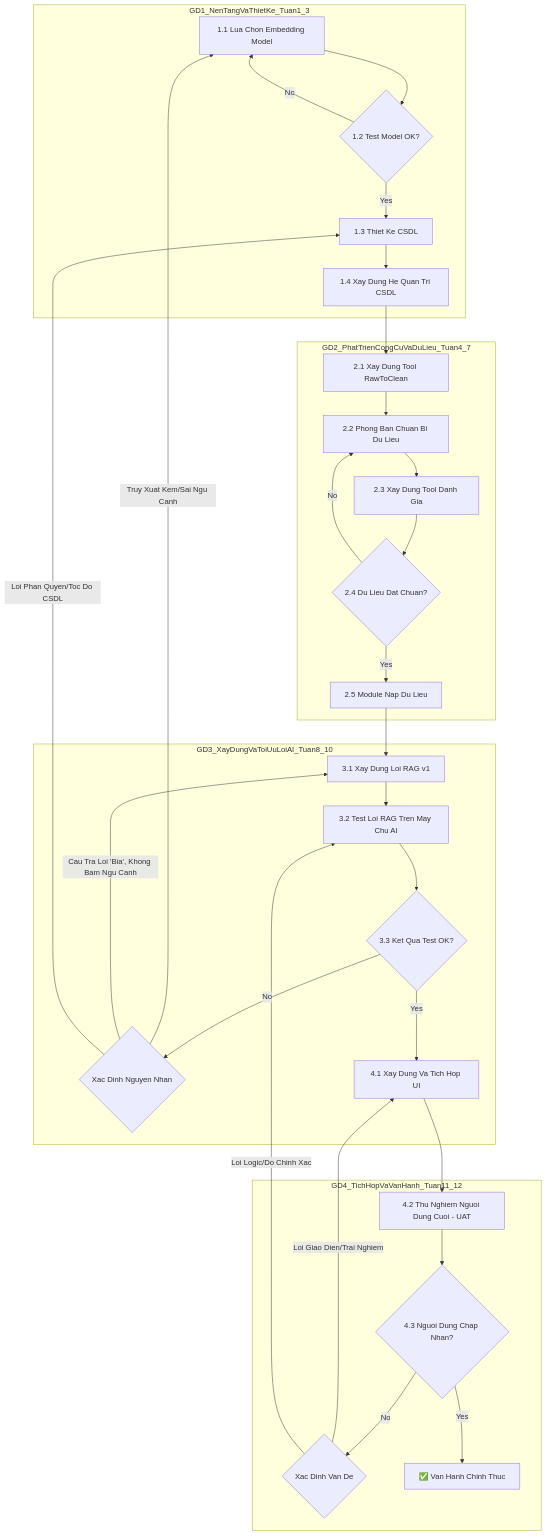
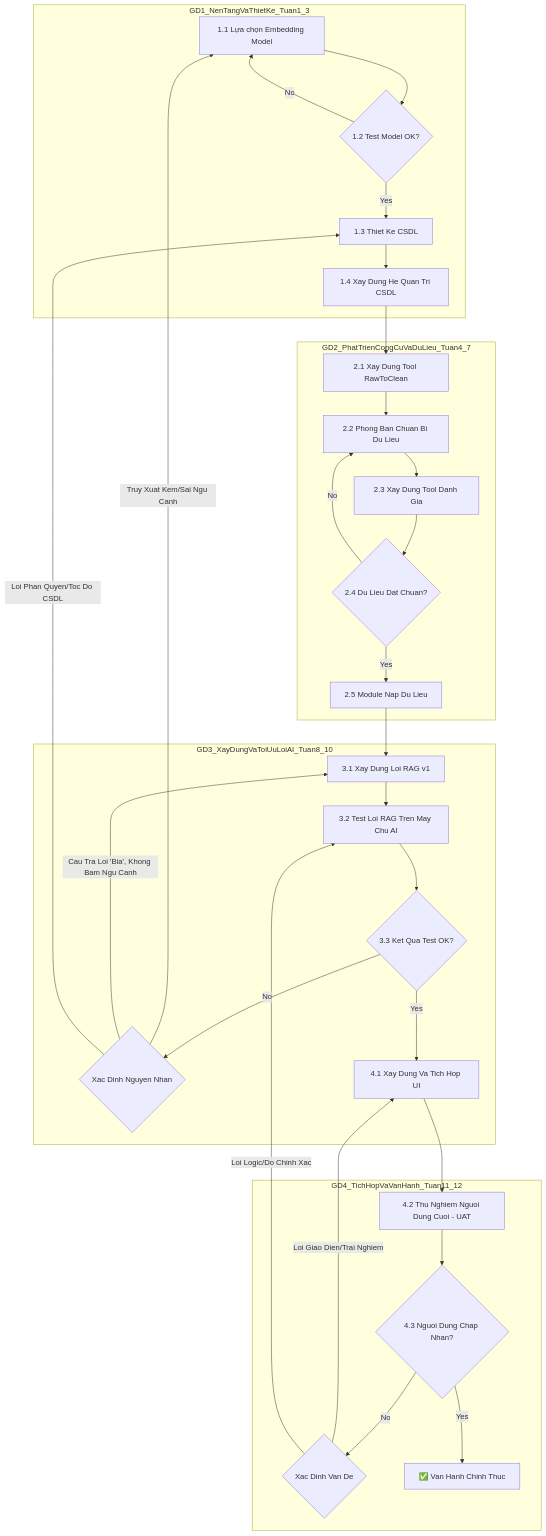
The diagram in biendo.md (ngoquytuan/chatbotweb), drawn with Mermaid before and after one commit. The commit also changed other lines of this file, not shown here.

````diff
--- a/biendo.md
+++ b/biendo.md
@@ -11,42 +11,42 @@
 ```mermaid
 graph TD
     subgraph GD1_NenTangVaThietKe_Tuan1_3
-        A1[1.1 Lua Chon Embedding Model] --> A2{1.2 Test Model OK?}
+        A1[1.1 Lựa chọn Embedding Model] --> A2{1.2 Test Model OK?}
         A2 -- Yes --> B1
         A2 -- No --> A1
         
         B1[1.3 Thiet Ke CSDL] --> B2[1.4 Xay Dung He Quan Tri CSDL]
     end
 
     subgraph GD2_PhatTrienCongCuVaDuLieu_Tuan4_7
         C1[2.1 Xay Dung Tool RawToClean] --> C2[2.2 Phong Ban Chuan Bi Du Lieu]
         C2 --> D1[2.3 Xay Dung Tool Danh Gia]
         D1 --> D2{2.4 Du Lieu Dat Chuan?}
         D2 -- No --> C2
         D2 -- Yes --> E1[2.5 Module Nap Du Lieu]
     end
 
     subgraph GD3_XayDungVaToiUuLoiAI_Tuan8_10
         F1[3.1 Xay Dung Loi RAG v1] --> F2[3.2 Test Loi RAG Tren May Chu AI]
         F2 --> F3{3.3 Ket Qua Test OK?}
         F3 -- No --> G1{Xac Dinh Nguyen Nhan}
         F3 -- Yes --> H1
         G1 -- Truy Xuat Kem/Sai Ngu Canh --> A1
         G1 -- "Cau Tra Loi 'Bia', Khong Bam Ngu Canh" --> F1
         G1 -- Loi Phan Quyen/Toc Do CSDL --> B1
     end
 
     subgraph GD4_TichHopVaVanHanh_Tuan11_12
         H1[4.1 Xay Dung Va Tich Hop UI] --> H2[4.2 Thu Nghiem Nguoi Dung Cuoi - UAT]
         H2 --> H3{4.3 Nguoi Dung Chap Nhan?}
         H3 -- No --> H4{Xac Dinh Van De}
         H3 -- Yes --> I1[✅ Van Hanh Chinh Thuc]
         H4 -- Loi Giao Dien/Trai Nghiem --> H1
         H4 -- Loi Logic/Do Chinh Xac --> F2
     end
     
     B2 --> C1
     E1 --> F1
 
 
 ```
````
